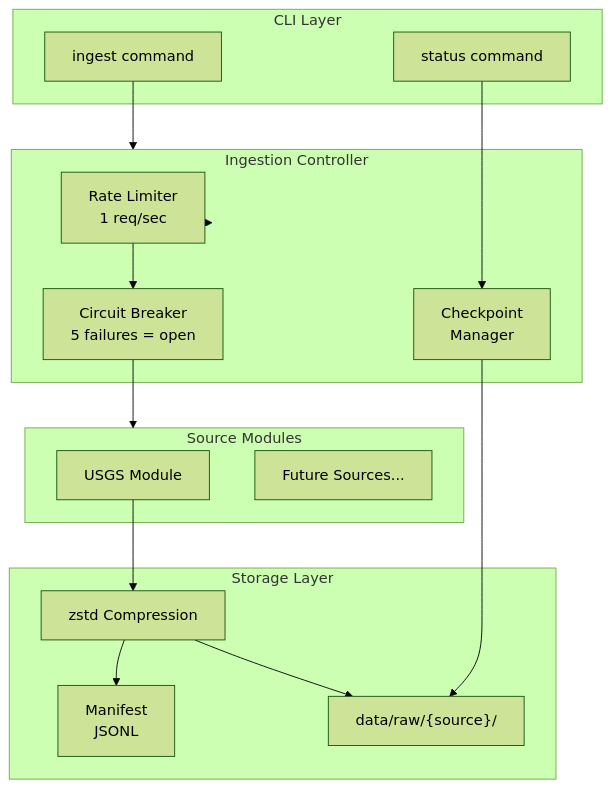
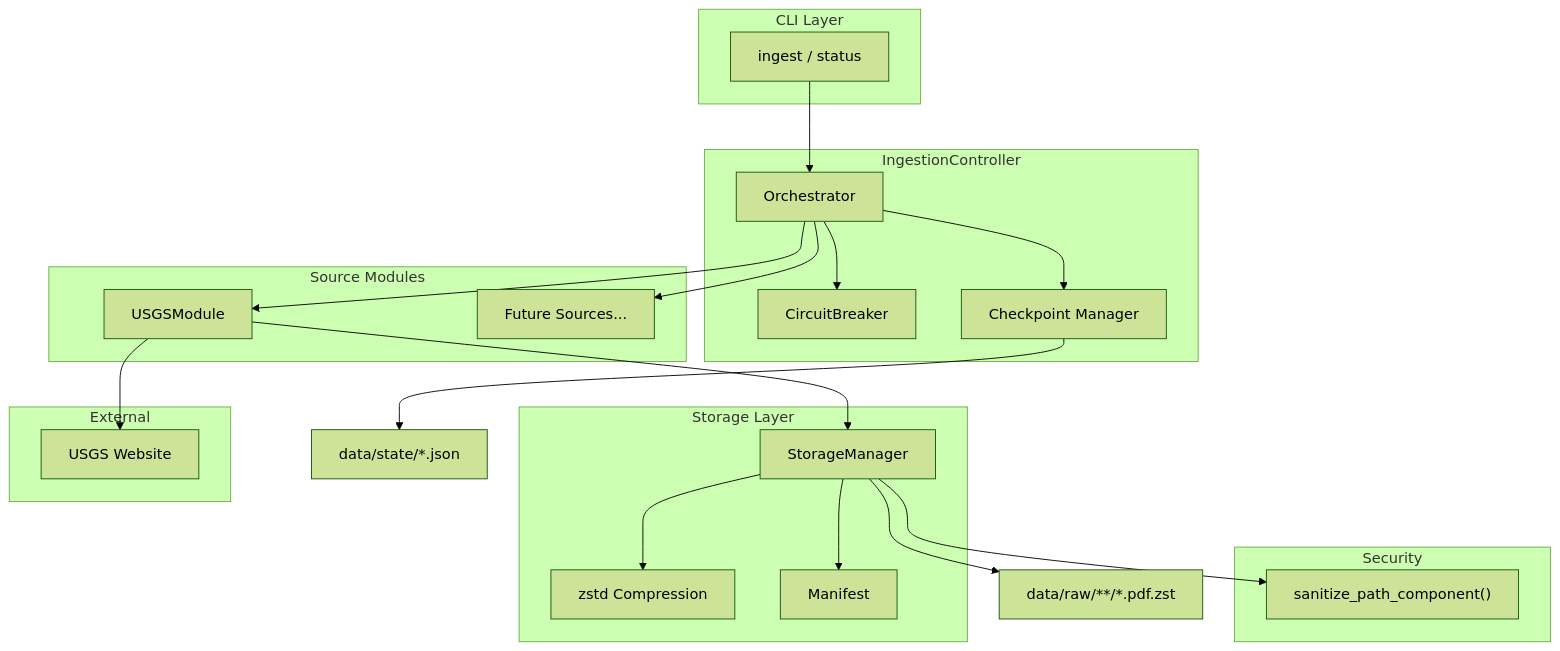
The first of 2 diagrams in docs/lineage/active/23-lld/004-draft.md (martymcenroe/RCA-PDF-extraction-pipeline), drawn with Mermaid (forest theme) before and after one commit. The commit also changed other lines of this file and 13 other files, not shown here.

````diff
--- a/docs/lineage/active/23-lld/004-draft.md
+++ b/docs/lineage/active/23-lld/004-draft.md
@@ -468,34 +489,47 @@
 ```mermaid
 flowchart TB
     subgraph CLI["CLI Layer"]
-        IngestCmd["ingest command"]
-        StatusCmd["status command"]
+        CMD["ingest / status"]
     end
-
-    subgraph Controller["Ingestion Controller"]
-        RateLimit["Rate Limiter<br/>1 req/sec"]
-        CircuitBreaker["Circuit Breaker<br/>5 failures = open"]
-        Checkpoint["Checkpoint<br/>Manager"]
+    
+    subgraph Controller["IngestionController"]
+        ORCH["Orchestrator"]
+        CB["CircuitBreaker"]
+        CP["Checkpoint Manager"]
     end
-
+    
     subgraph Sources["Source Modules"]
-        USGS["USGS Module"]
-        Future["Future Sources..."]
+        USGS["USGSModule"]
+        FUTURE["Future Sources..."]
     end
-
+    
     subgraph Storage["Storage Layer"]
-        Compress["zstd Compression"]
-        Manifest["Manifest<br/>JSONL"]
-        Files["data/raw/{source}/"]
+        SM["StorageManager"]
+        ZSTD["zstd Compression"]
+        MAN["Manifest"]
     end
-
-    IngestCmd --> Controller
-    StatusCmd --> Checkpoint
-    Controller --> RateLimit
-    RateLimit --> CircuitBreaker
-    CircuitBreaker --> Sources
-    USGS --> Compress
-    Compress --> Files
-    Compress --> Manifest
-    Checkpoint --> Files
+    
+    subgraph Security["Security"]
+        SAN["sanitize_path_component()"]
+    end
+    
+    subgraph External["External"]
+        WEB["USGS Website"]
+    end
+    
+    CMD --> ORCH
+    ORCH --> CB
+    ORCH --> CP
+    ORCH --> USGS
+    ORCH --> FUTURE
+    
+    USGS --> WEB
+    USGS --> SM
+    
+    SM --> SAN
+    SM --> ZSTD
+    SM --> MAN
+    
+    CP --> STATE["data/state/*.json"]
+    SM --> RAW["data/raw/**/*.pdf.zst"]
 ```
````
